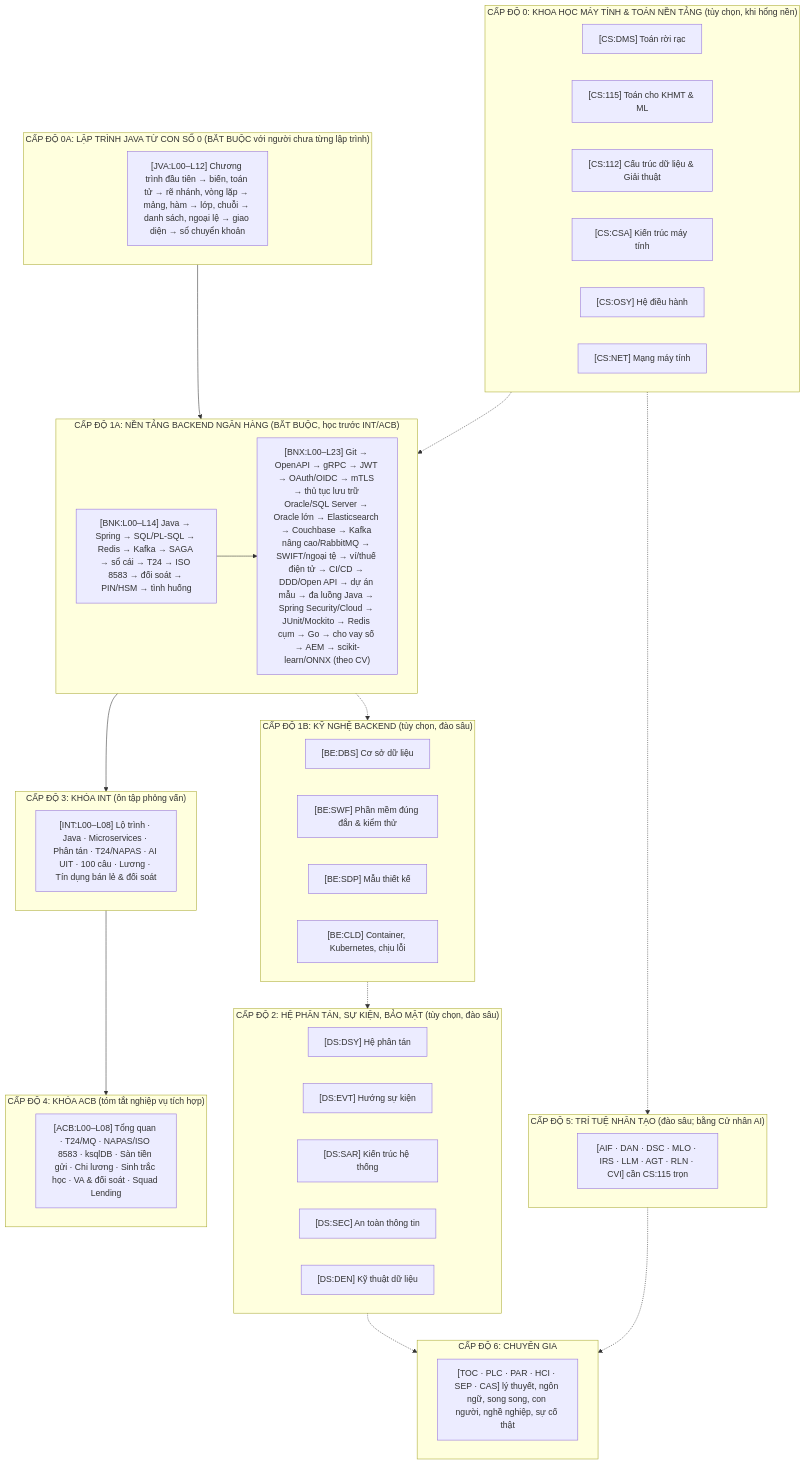
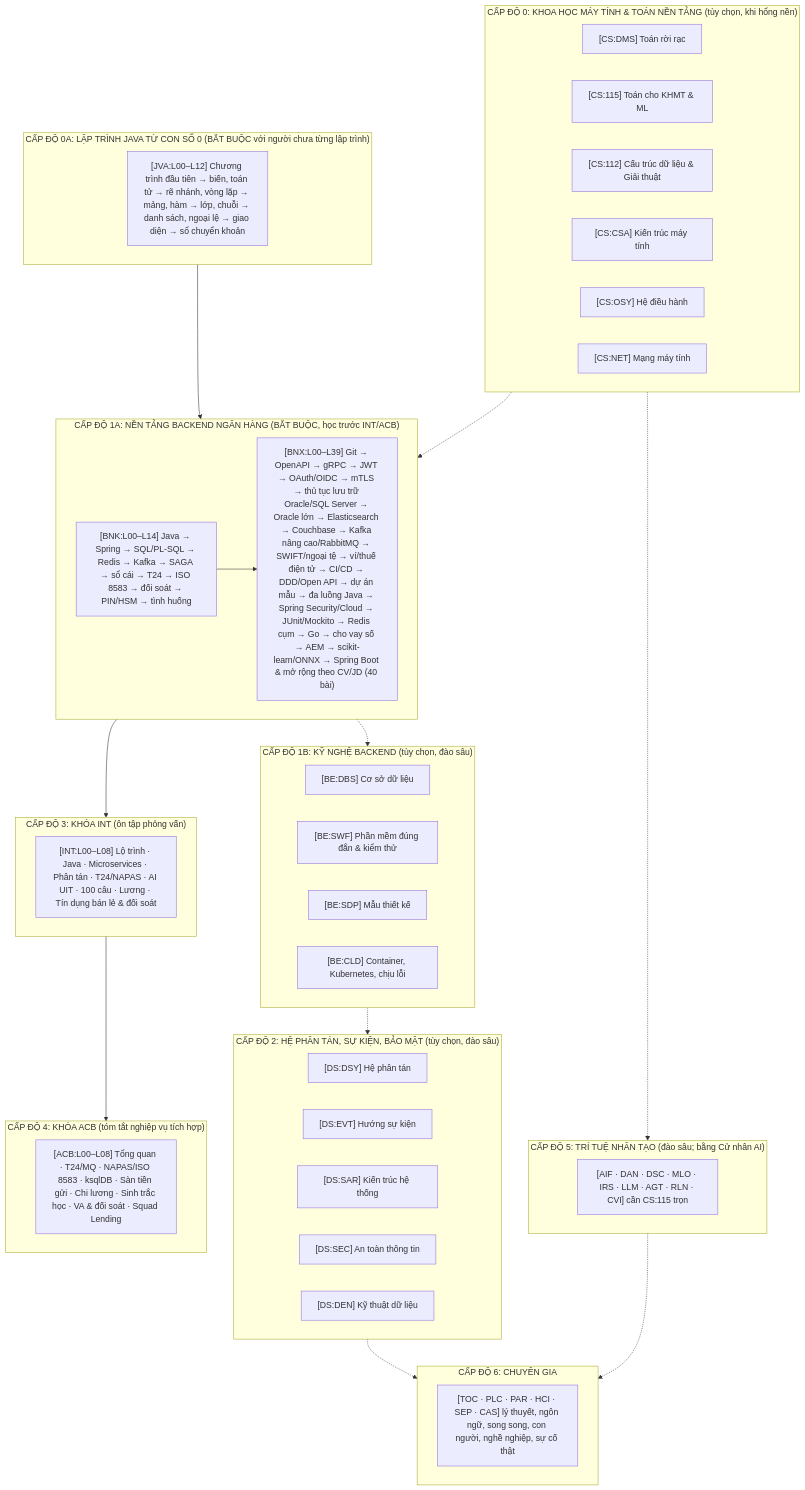
Before and after one commit to ducpm196/research-video: the diagram in interview/MASTER_CURRICULUM_INDEX.md, drawn with Mermaid. The commit also changed other lines of this file and 5813 other files, not shown here.

````diff
--- a/interview/MASTER_CURRICULUM_INDEX.md
+++ b/interview/MASTER_CURRICULUM_INDEX.md
@@ -14,51 +14,51 @@
 ```mermaid
 flowchart TD
     subgraph L0["CẤP ĐỘ 0: KHOA HỌC MÁY TÍNH & TOÁN NỀN TẢNG (tùy chọn, khi hổng nền)"]
         CS_DMS["[CS:DMS] Toán rời rạc"]
         CS_115["[CS:115] Toán cho KHMT & ML"]
         CS_112["[CS:112] Cấu trúc dữ liệu & Giải thuật"]
         CS_CSA["[CS:CSA] Kiến trúc máy tính"]
         CS_OSY["[CS:OSY] Hệ điều hành"]
         CS_NET["[CS:NET] Mạng máy tính"]
     end
     subgraph LJ["CẤP ĐỘ 0A: LẬP TRÌNH JAVA TỪ CON SỐ 0 (BẮT BUỘC với người chưa từng lập trình)"]
         JVA["[JVA:L00–L12] Chương trình đầu tiên → biến, toán tử → rẽ nhánh, vòng lặp → mảng, hàm → lớp, chuỗi → danh sách, ngoại lệ → giao diện → sổ chuyển khoản"]
     end
     subgraph LB["CẤP ĐỘ 1A: NỀN TẢNG BACKEND NGÂN HÀNG (BẮT BUỘC, học trước INT/ACB)"]
         BNK["[BNK:L00–L14] Java → Spring → SQL/PL-SQL → Redis → Kafka → SAGA → sổ cái → T24 → ISO 8583 → đối soát → PIN/HSM → tình huống"]
-        BNX["[BNX:L00–L23] Git → OpenAPI → gRPC → JWT → OAuth/OIDC → mTLS → thủ tục lưu trữ Oracle/SQL Server → Oracle lớn → Elasticsearch → Couchbase → Kafka nâng cao/RabbitMQ → SWIFT/ngoại tệ → ví/thuế điện tử → CI/CD → DDD/Open API → dự án mẫu → đa luồng Java → Spring Security/Cloud → JUnit/Mockito → Redis cụm → Go → cho vay số → AEM → scikit-learn/ONNX (theo CV)"]
+        BNX["[BNX:L00–L39] Git → OpenAPI → gRPC → JWT → OAuth/OIDC → mTLS → thủ tục lưu trữ Oracle/SQL Server → Oracle lớn → Elasticsearch → Couchbase → Kafka nâng cao/RabbitMQ → SWIFT/ngoại tệ → ví/thuế điện tử → CI/CD → DDD/Open API → dự án mẫu → đa luồng Java → Spring Security/Cloud → JUnit/Mockito → Redis cụm → Go → cho vay số → AEM → scikit-learn/ONNX → Spring Boot & mở rộng theo CV/JD (40 bài)"]
         BNK --> BNX
     end
     subgraph L5["CẤP ĐỘ 5: TRÍ TUỆ NHÂN TẠO (đào sâu; bằng Cử nhân AI)"]
         AI["[AIF · DAN · DSC · MLO · IRS · LLM · AGT · RLN · CVI] cần CS:115 trọn"]
     end
     subgraph L6["CẤP ĐỘ 6: CHUYÊN GIA"]
         EXP["[TOC · PLC · PAR · HCI · SEP · CAS] lý thuyết, ngôn ngữ, song song, con người, nghề nghiệp, sự cố thật"]
     end
     subgraph L1["CẤP ĐỘ 1B: KỸ NGHỆ BACKEND (tùy chọn, đào sâu)"]
         BE_DBS["[BE:DBS] Cơ sở dữ liệu"]
         BE_SWF["[BE:SWF] Phần mềm đúng đắn & kiểm thử"]
         BE_SDP["[BE:SDP] Mẫu thiết kế"]
         BE_CLD["[BE:CLD] Container, Kubernetes, chịu lỗi"]
     end
     subgraph L2["CẤP ĐỘ 2: HỆ PHÂN TÁN, SỰ KIỆN, BẢO MẬT (tùy chọn, đào sâu)"]
         DS_DSY["[DS:DSY] Hệ phân tán"]
         DS_EVT["[DS:EVT] Hướng sự kiện"]
         DS_SAR["[DS:SAR] Kiến trúc hệ thống"]
         DS_SEC["[DS:SEC] An toàn thông tin"]
         DS_DEN["[DS:DEN] Kỹ thuật dữ liệu"]
     end
     subgraph L3["CẤP ĐỘ 3: KHÓA INT (ôn tập phỏng vấn)"]
         INT["[INT:L00–L08] Lộ trình · Java · Microservices · Phân tán · T24/NAPAS · AI UIT · 100 câu · Lương · Tín dụng bán lẻ & đối soát"]
     end
     subgraph L4["CẤP ĐỘ 4: KHÓA ACB (tóm tắt nghiệp vụ tích hợp)"]
         ACB["[ACB:L00–L08] Tổng quan · T24/MQ · NAPAS/ISO 8583 · ksqlDB · Sàn tiền gửi · Chi lương · Sinh trắc học · VA & đối soát · Squad Lending"]
     end
     LJ --> LB
     L0 -.-> LB
     LB --> L3 --> L4
     LB -.-> L1 -.-> L2
     L0 -.-> L5
     L2 -.-> L6
     L5 -.-> L6
 ```
````
